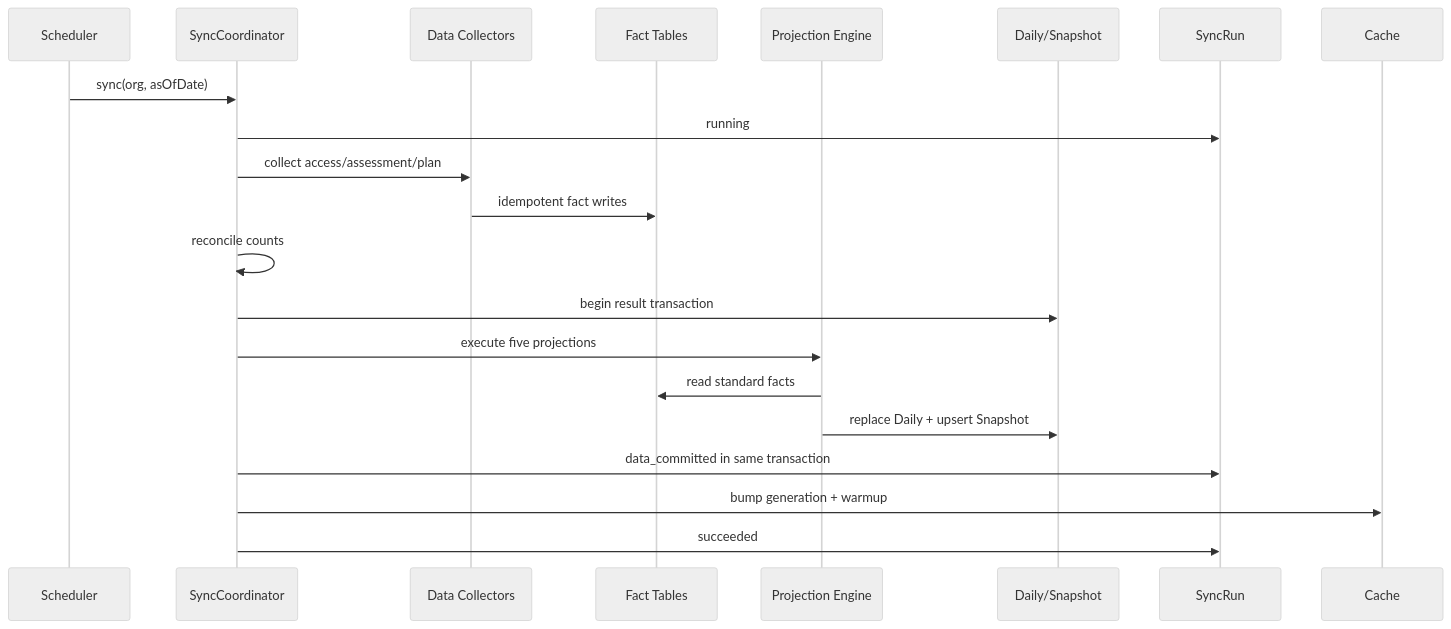
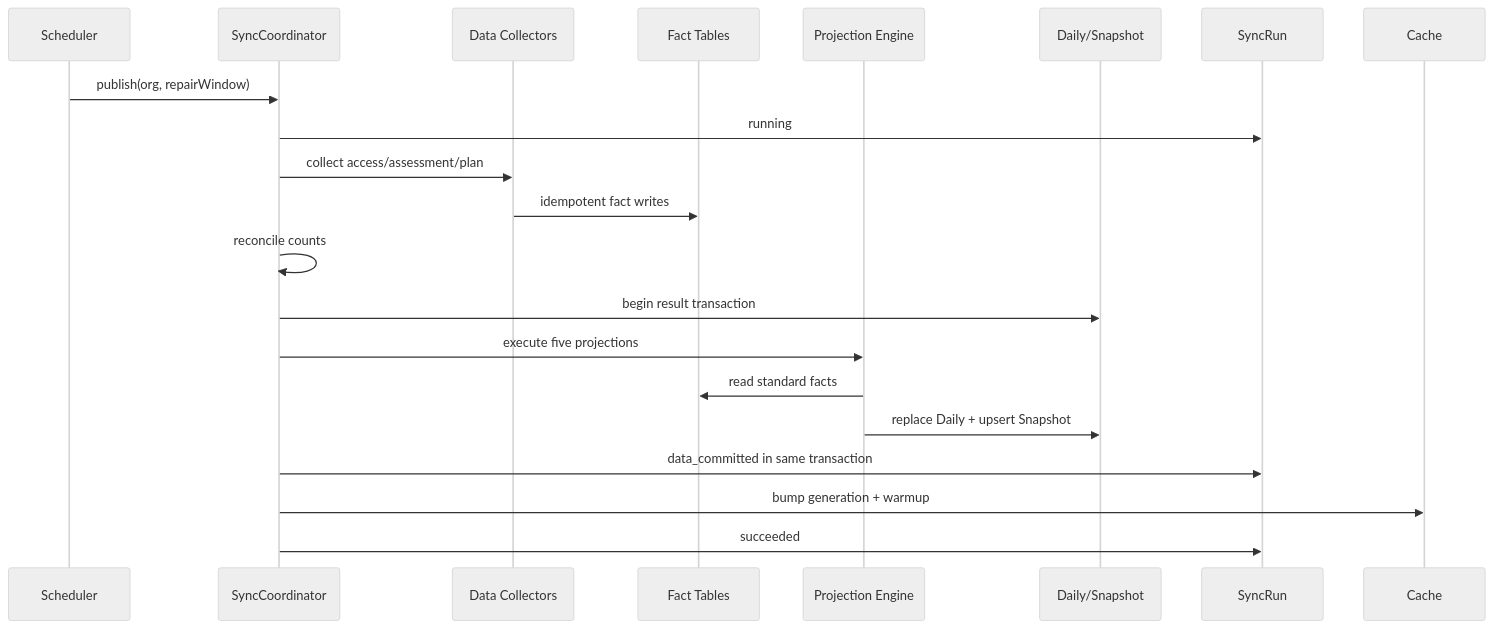
The fifth of 5 diagrams in docs/02-业务模块/70-statistics/30-关键链路-从业务数据到统计查询.md (FangcunMount/qs-server), drawn with Mermaid (neutral theme) before and after one commit. The commit also changed other lines of this file and 47 other files, not shown here.

````diff
--- a/docs/02-业务模块/70-statistics/30-关键链路-从业务数据到统计查询.md
+++ b/docs/02-业务模块/70-statistics/30-关键链路-从业务数据到统计查询.md
@@ -228,24 +228,24 @@
 ```mermaid
 sequenceDiagram
     participant Scheduler
     participant Sync as SyncCoordinator
     participant Collector as Data Collectors
     participant Facts as Fact Tables
     participant Engine as Projection Engine
     participant Results as Daily/Snapshot
     participant Run as SyncRun
     participant Cache
 
-    Scheduler->>Sync: sync(org, asOfDate)
+    Scheduler->>Sync: publish(org, repairWindow)
     Sync->>Run: running
     Sync->>Collector: collect access/assessment/plan
     Collector->>Facts: idempotent fact writes
     Sync->>Sync: reconcile counts
     Sync->>Results: begin result transaction
     Sync->>Engine: execute five projections
     Engine->>Facts: read standard facts
     Engine->>Results: replace Daily + upsert Snapshot
     Sync->>Run: data_committed in same transaction
     Sync->>Cache: bump generation + warmup
     Sync->>Run: succeeded
 ```
````
